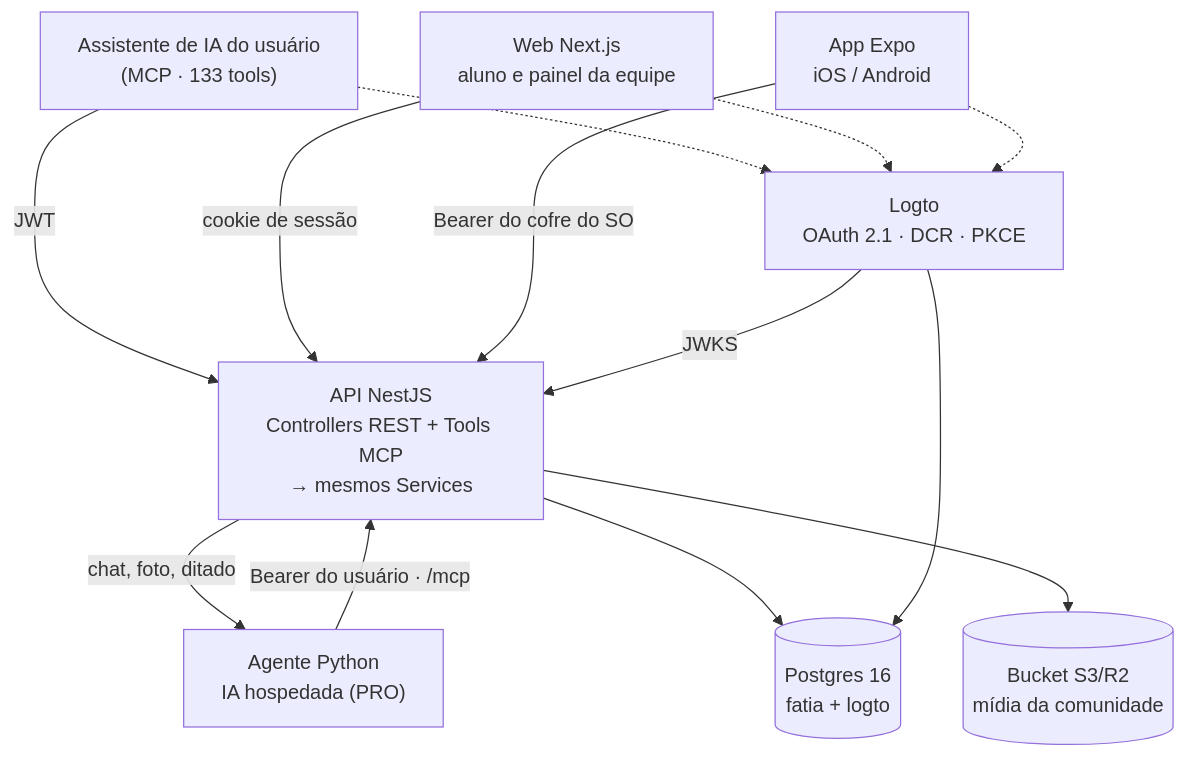
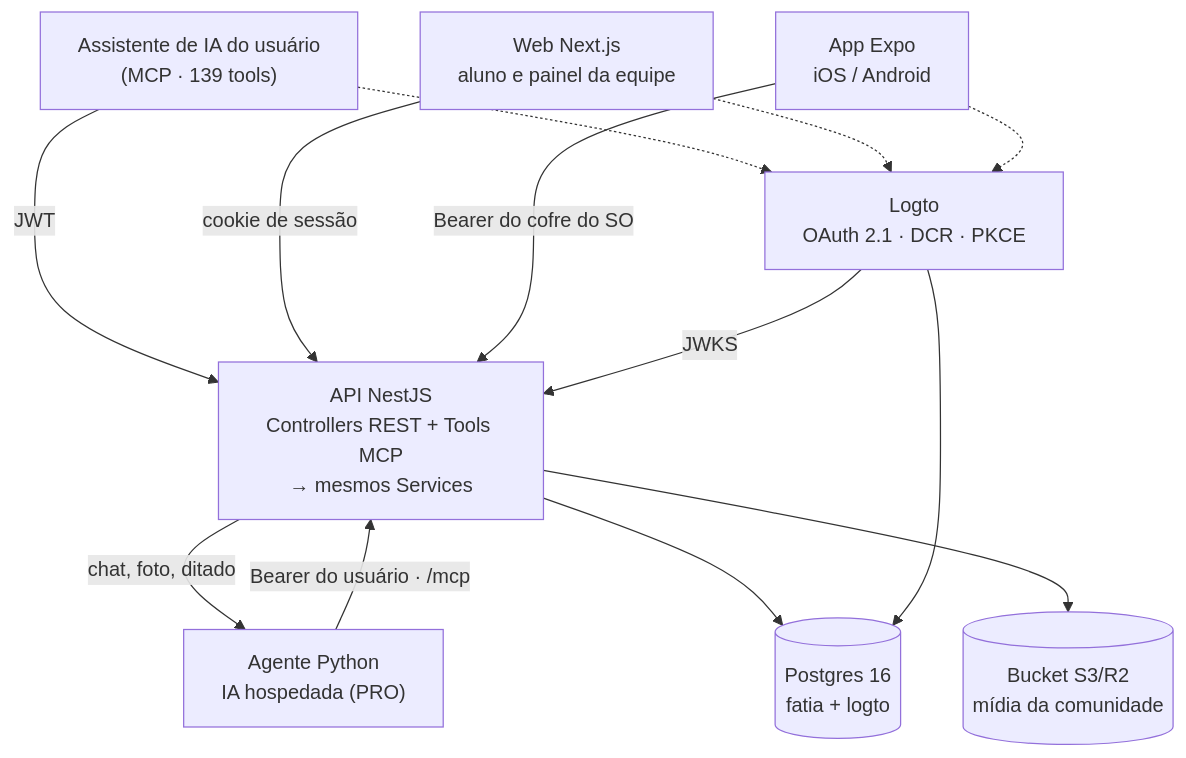
Before and after one commit to ThiagoCarreiraVallim/fatia: the diagram in README.md, drawn with Mermaid. The commit also changed other lines of this file and 35 other files, not shown here.

````diff
--- a/README.md
+++ b/README.md
@@ -33,24 +33,24 @@
 ```mermaid
 flowchart TD
-    claude["Assistente de IA do usuário<br/>(MCP · 133 tools)"]
+    claude["Assistente de IA do usuário<br/>(MCP · 139 tools)"]
     pwa["Web Next.js<br/>aluno e painel da equipe"]
     mobile["App Expo<br/>iOS / Android"]
     agent["Agente Python<br/>IA hospedada (PRO)"]
     logto["Logto<br/>OAuth 2.1 · DCR · PKCE"]
     api["API NestJS<br/>Controllers REST + Tools MCP<br/>→ mesmos Services"]
     pg[("Postgres 16<br/>fatia + logto")]
     s3[("Bucket S3/R2<br/>mídia da comunidade")]
 
     claude -- "JWT" --> api
     pwa -- "cookie de sessão" --> api
     mobile -- "Bearer do cofre do SO" --> api
     api -- "chat, foto, ditado" --> agent
     agent -- "Bearer do usuário · /mcp" --> api
     claude -.-> logto
     pwa -.-> logto
     mobile -.-> logto
     logto -- "JWKS" --> api
     api --> pg
     api --> s3
     logto --> pg
 ```
````
